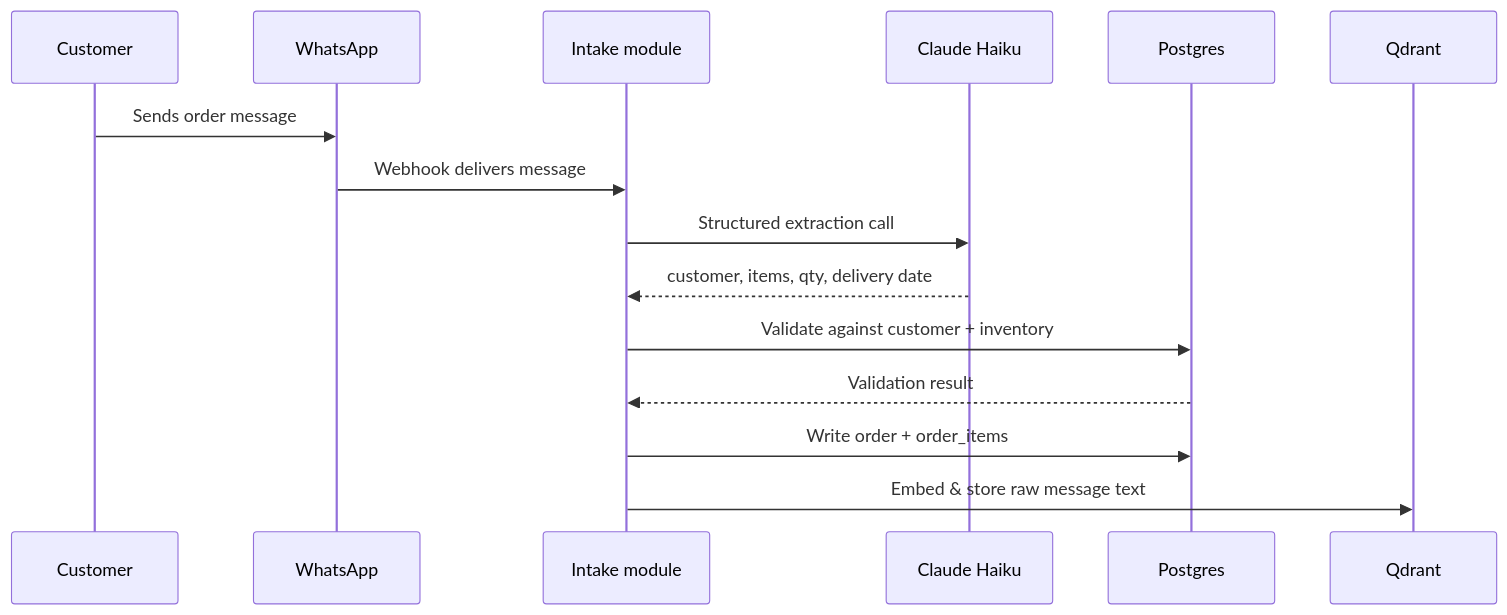
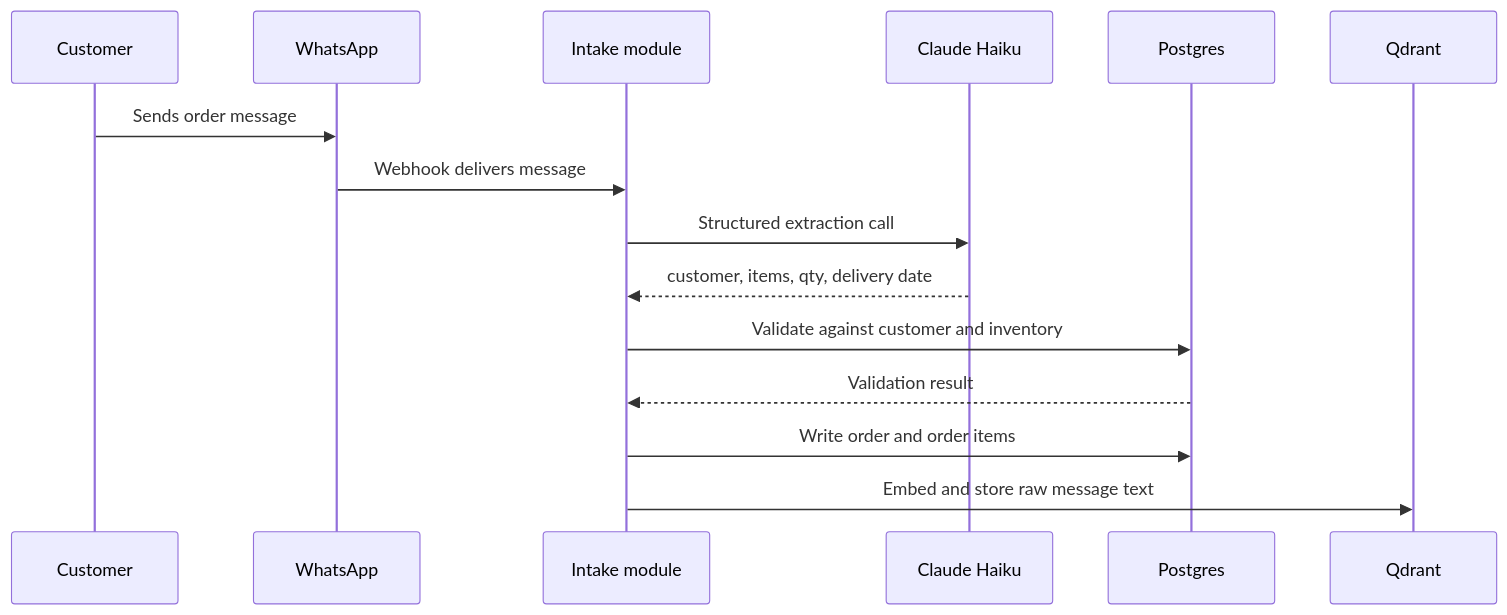
Before and after one commit to VaibhaviPhalle/GaneshSales: the first of 2 diagrams in README.md, drawn with Mermaid. The commit also changed other lines of this file, not shown here.

````diff
--- a/README.md
+++ b/README.md
@@ -26,18 +31,18 @@
 ```mermaid
 sequenceDiagram
     participant C as Customer
     participant WA as WhatsApp
     participant I as Intake module
     participant L as Claude Haiku
     participant DB as Postgres
     participant V as Qdrant
 
     C->>WA: Sends order message
     WA->>I: Webhook delivers message
     I->>L: Structured extraction call
     L-->>I: customer, items, qty, delivery date
-    I->>DB: Validate against customer + inventory
+    I->>DB: Validate against customer and inventory
     DB-->>I: Validation result
-    I->>DB: Write order + order_items
-    I->>V: Embed & store raw message text
+    I->>DB: Write order and order items
+    I->>V: Embed and store raw message text
 ```
````
